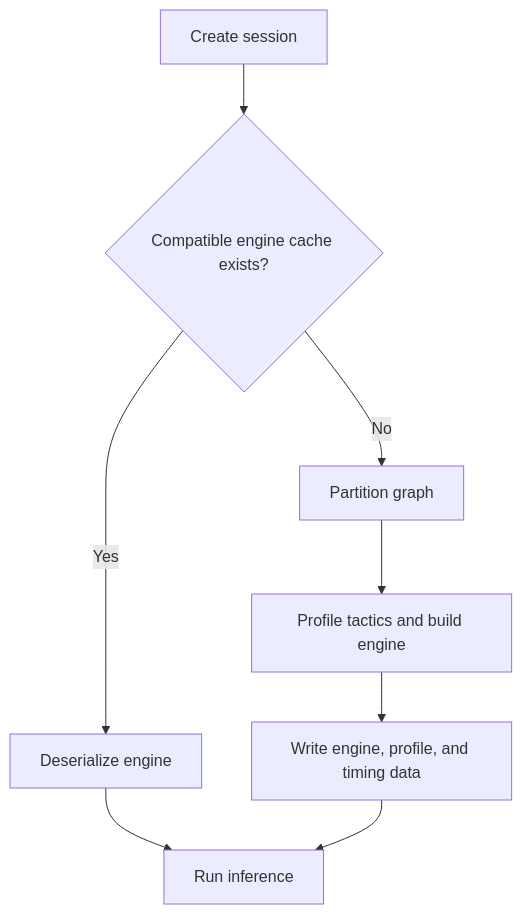
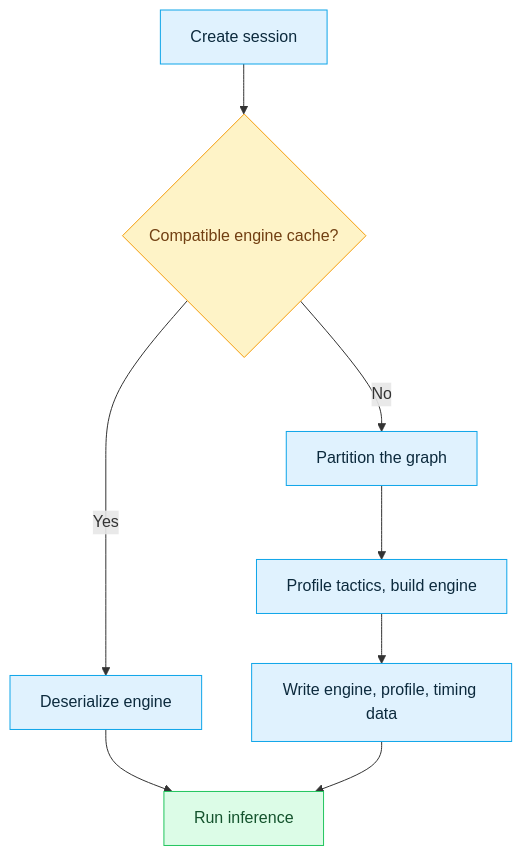
Before and after one commit to DakeQQ/Tutorial-ONNX-Runtime-Execution-Providers: the third of 6 diagrams in NVIDIA/README.md, drawn with Mermaid. The commit also changed other lines of this file and 15 other files, not shown here.

````diff
--- a/NVIDIA/README.md
+++ b/NVIDIA/README.md
@@ -461,10 +553,17 @@
 ```mermaid
 flowchart TD
-	A[Create session] --> B{Compatible engine cache exists?}
-	B -- Yes --> C[Deserialize engine]
-	B -- No --> D[Partition graph]
-	D --> E[Profile tactics and build engine]
-	E --> F[Write engine, profile, and timing data]
-	C --> G[Run inference]
-	F --> G
+    A["Create session"] --> B{"Compatible engine cache?"}
+    B -- Yes --> C["Deserialize engine"]
+    B -- No --> D["Partition the graph"]
+    D --> E["Profile tactics, build engine"]
+    E --> F["Write engine, profile, timing data"]
+    C --> G["Run inference"]
+    F --> G
+
+    classDef step fill:#e0f2fe,stroke:#0ea5e9,color:#0c2a3d;
+    classDef dec fill:#fef3c7,stroke:#f59e0b,color:#713f12;
+    classDef good fill:#dcfce7,stroke:#22c55e,color:#14532d;
+    class A,C,D,E,F step;
+    class B dec;
+    class G good;
 ```
````
